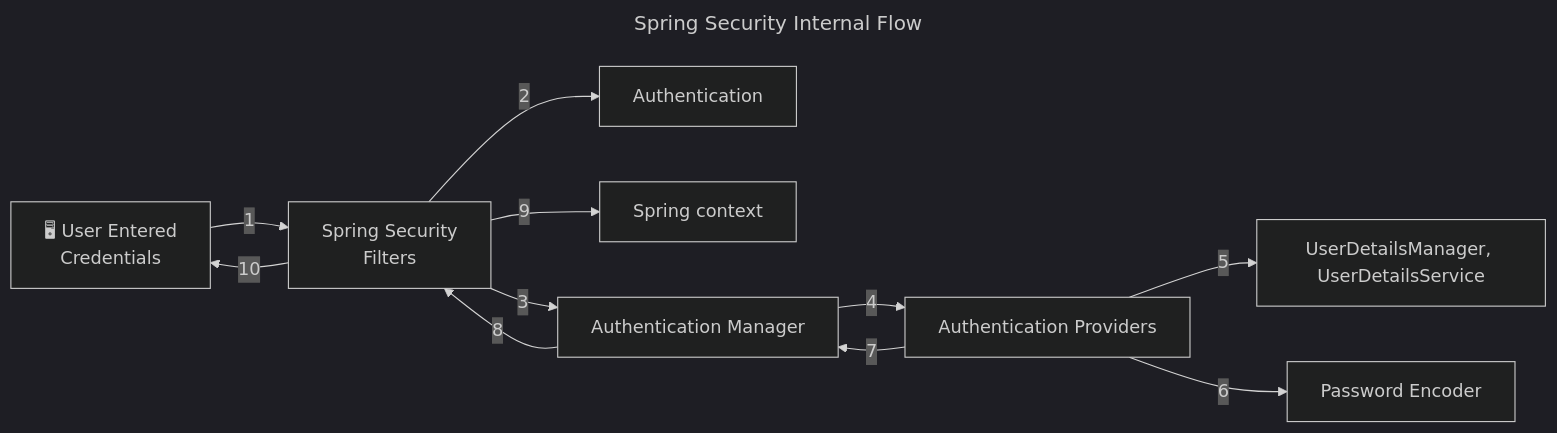
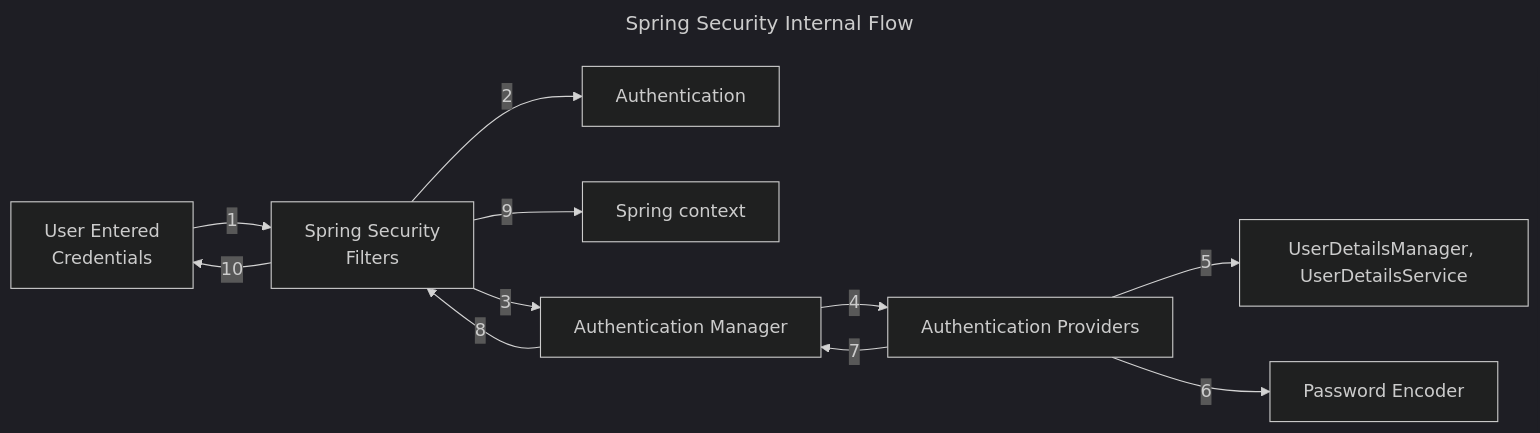
The first of 10 diagrams in readme.md (DonggeonMoon/spring-security-study), drawn with Mermaid (dark theme) before and after one commit.

Commit message:
fix: mermaid 오류 해결

````diff
--- a/readme.md
+++ b/readme.md
@@ -17,16 +17,16 @@
 ```mermaid
 ---
 title: Spring Security Internal Flow
 ---
 graph LR
-    1[🖥 User Entered\nCredentials] -->|1|2[Spring Security\nFilters\n]
+    1[User Entered\nCredentials] -->|1|2[Spring Security\nFilters\n]
     2 -->|2|3[Authentication]
     2 -->|9|4[Spring context]
     2 -->|3|5[Authentication Manager]
     5 -->|4|6[Authentication Providers]
     6 -->|5|7[UserDetailsManager, UserDetailsService]
     6 -->|6|8[Password Encoder]
     6 -->|7|5
     5 -->|8|2
     2 -->|10|1
 ```
````
